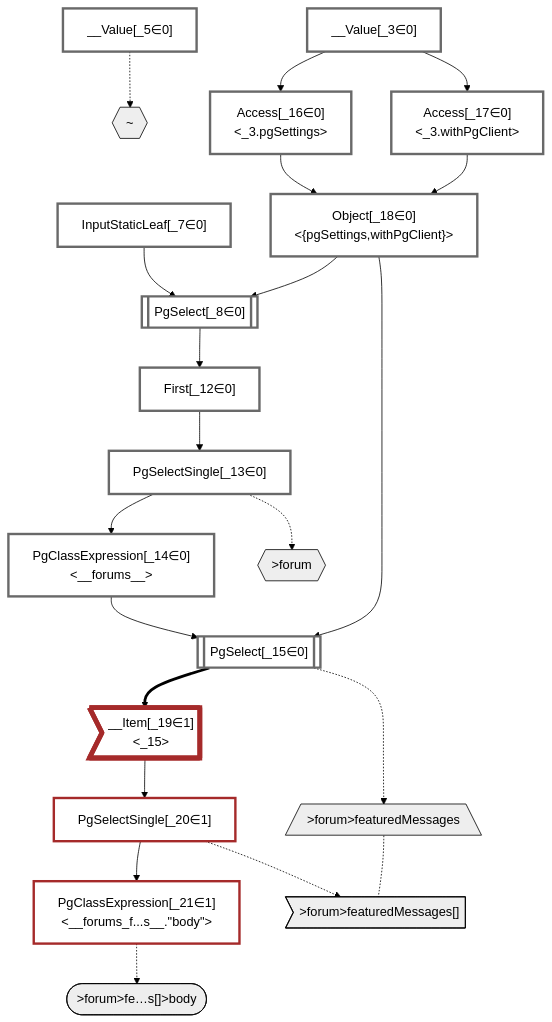
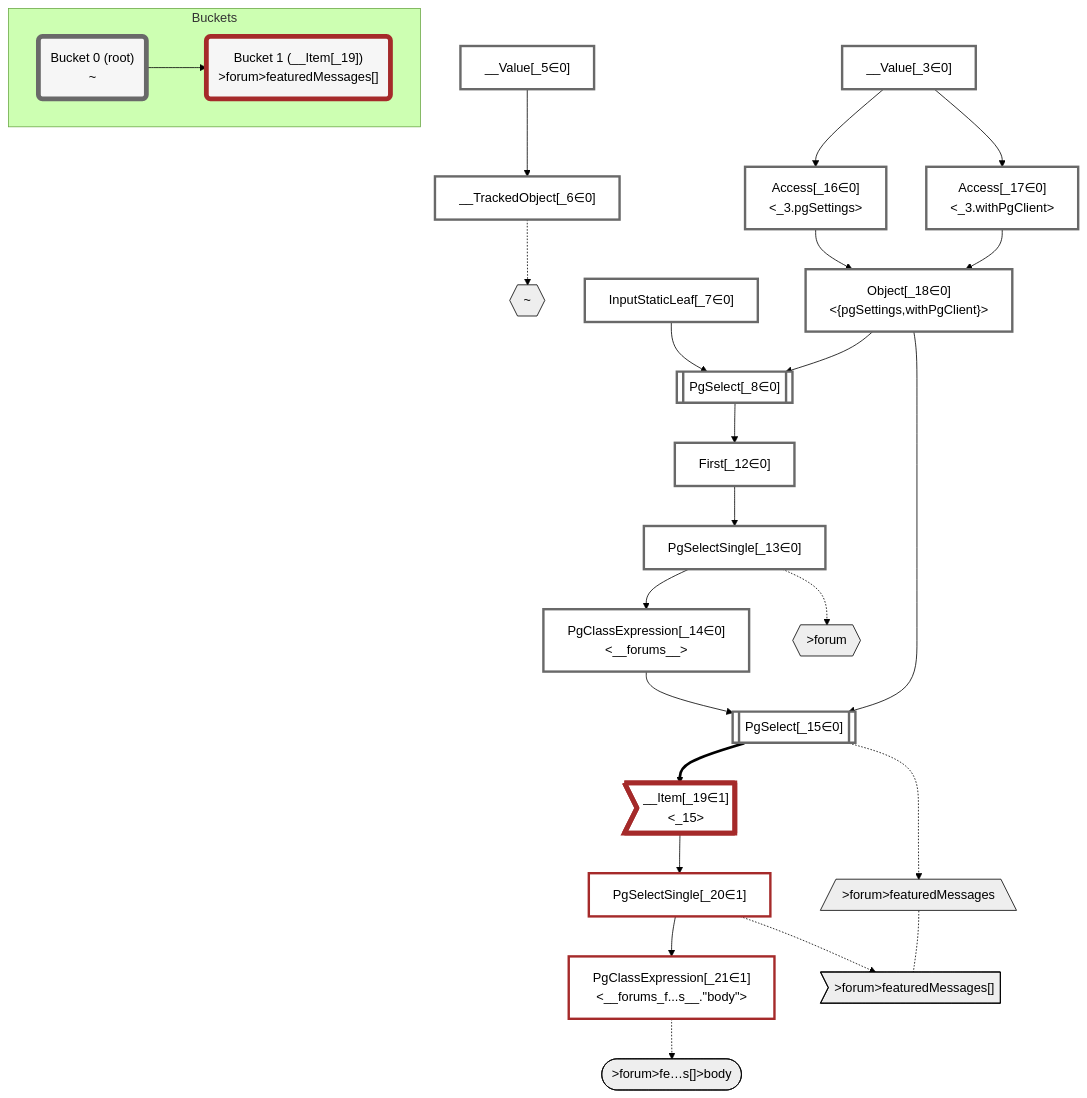
Before and after one commit to graphile/crystal: the diagram in packages/dataplan-pg/__tests__/queries/functions/computed-column-setof-message.deopt.mermaid.md, drawn with Mermaid (forest theme). The commit also changed 195 other files, not shown here.

````diff
--- a/packages/dataplan-pg/__tests__/queries/functions/computed-column-setof-message.deopt.mermaid.md
+++ b/packages/dataplan-pg/__tests__/queries/functions/computed-column-setof-message.deopt.mermaid.md
@@ -1,64 +1,75 @@
 ```mermaid
 graph TD
     classDef path fill:#eee,stroke:#000,color:#000
     classDef plan fill:#fff,stroke-width:3px,color:#000
     classDef itemplan fill:#fff,stroke-width:6px,color:#000
     classDef sideeffectplan fill:#f00,stroke-width:6px,color:#000
+    classDef bucket fill:#f6f6f6,color:#000,stroke-width:6px
 
     %% subgraph fields
     P1{{"~"}}:::path
     P2{{">forum"}}:::path
     P3[/">forum>featuredMessages"\]:::path
     P4>">forum>featuredMessages[]"]:::path
     P3 -.- P4
     P5([">forum>fe…s[]>body"]):::path
     %% P4 -.-> P5
     %% P2 -.-> P3
     %% P1 -.-> P2
     %% end
 
     %% define plans
     __Value_3["__Value[_3∈0]<br /><context>"]:::plan
     __Value_5["__Value[_5∈0]<br /><rootValue>"]:::plan
+    __TrackedObject_6["__TrackedObject[_6∈0]"]:::plan
     InputStaticLeaf_7["InputStaticLeaf[_7∈0]"]:::plan
     PgSelect_8[["PgSelect[_8∈0]<br /><forums>"]]:::plan
     First_12["First[_12∈0]"]:::plan
     PgSelectSingle_13["PgSelectSingle[_13∈0]<br /><forums>"]:::plan
     PgClassExpression_14["PgClassExpression[_14∈0]<br /><__forums__>"]:::plan
     PgSelect_15[["PgSelect[_15∈0]<br /><forums_featured_messages>"]]:::plan
     Access_16["Access[_16∈0]<br /><_3.pgSettings>"]:::plan
     Access_17["Access[_17∈0]<br /><_3.withPgClient>"]:::plan
     Object_18["Object[_18∈0]<br /><{pgSettings,withPgClient}>"]:::plan
     __Item_19>"__Item[_19∈1]<br /><_15>"]:::itemplan
     PgSelectSingle_20["PgSelectSingle[_20∈1]<br /><forums_featured_messages>"]:::plan
     PgClassExpression_21["PgClassExpression[_21∈1]<br /><__forums_f...s__.#quot;body#quot;>"]:::plan
 
     %% plan dependencies
+    __Value_5 --> __TrackedObject_6
     Object_18 --> PgSelect_8
     InputStaticLeaf_7 --> PgSelect_8
     PgSelect_8 --> First_12
     First_12 --> PgSelectSingle_13
     PgSelectSingle_13 --> PgClassExpression_14
     Object_18 --> PgSelect_15
     PgClassExpression_14 --> PgSelect_15
     __Value_3 --> Access_16
     __Value_3 --> Access_17
     Access_16 --> Object_18
     Access_17 --> Object_18
     PgSelect_15 ==> __Item_19
     __Item_19 --> PgSelectSingle_20
     PgSelectSingle_20 --> PgClassExpression_21
 
     %% plan-to-path relationships
-    __Value_5 -.-> P1
+    __TrackedObject_6 -.-> P1
     PgSelectSingle_13 -.-> P2
     PgSelect_15 -.-> P3
     PgSelectSingle_20 -.-> P4
     PgClassExpression_21 -.-> P5
 
     %% allocate buckets
     classDef bucket0 stroke:#696969
-    class __Value_3,__Value_5,InputStaticLeaf_7,PgSelect_8,First_12,PgSelectSingle_13,PgClassExpression_14,PgSelect_15,Access_16,Access_17,Object_18 bucket0
+    class __Value_3,__Value_5,__TrackedObject_6,InputStaticLeaf_7,PgSelect_8,First_12,PgSelectSingle_13,PgClassExpression_14,PgSelect_15,Access_16,Access_17,Object_18 bucket0
     classDef bucket1 stroke:#a52a2a
     class __Item_19,PgSelectSingle_20,PgClassExpression_21 bucket1
+
+    subgraph Buckets
+    Bucket0("Bucket 0 (root)<br />~"):::bucket
+    style Bucket0 stroke:#696969
+    Bucket1("Bucket 1 (__Item[_19])<br />>forum>featuredMessages[]"):::bucket
+    style Bucket1 stroke:#a52a2a
+    Bucket0 --> Bucket1
+    end
 ```
````
